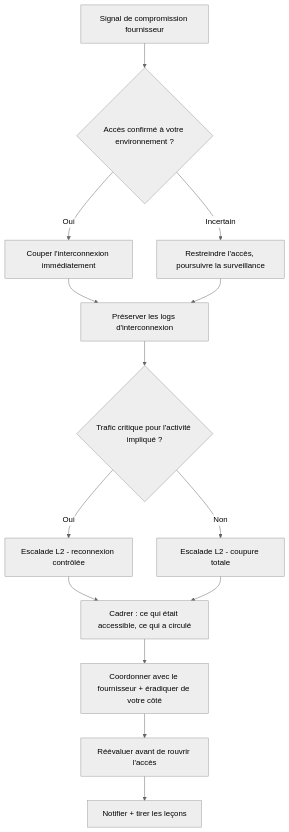
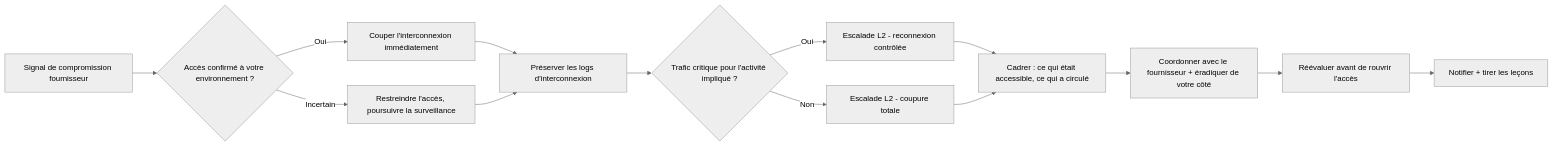
The diagram in docs/fr/runbooks/supply-chain-compromise.md (MiracleDvm/ir-firstline), drawn with Mermaid (neutral theme) before and after one commit. The commit also changed other lines of this file and 26 other files, not shown here.

Commit message:
Fix decision-tree diagram sizing/legibility, add PDF export, land tool links -- Convert decision trees to horizontal/collapsible, link cited tools/sources

````diff
--- a/docs/fr/runbooks/supply-chain-compromise.md
+++ b/docs/fr/runbooks/supply-chain-compromise.md
@@ -28,16 +30,16 @@
-```mermaid
-flowchart TD
-    A[Signal de compromission fournisseur] --> B{Accès confirmé à votre environnement ?}
-    B -->|Oui| C[Couper l'interconnexion immédiatement]
-    B -->|Incertain| D[Restreindre l'accès, poursuivre la surveillance]
-    C --> E[Préserver les logs d'interconnexion]
-    D --> E
-    E --> F{Trafic critique pour l'activité impliqué ?}
-    F -->|Oui| G[Escalade L2 - reconnexion contrôlée]
-    F -->|Non| H[Escalade L2 - coupure totale]
-    G --> I[Cadrer : ce qui était accessible, ce qui a circulé]
-    H --> I
-    I --> J[Coordonner avec le fournisseur + éradiquer de votre côté]
-    J --> K[Réévaluer avant de rouvrir l'accès]
-    K --> L[Notifier + tirer les leçons]
-```
+    ```mermaid
+    flowchart LR
+        A[Signal de compromission fournisseur] --> B{Accès confirmé à votre environnement ?}
+        B -->|Oui| C[Couper l'interconnexion immédiatement]
+        B -->|Incertain| D[Restreindre l'accès, poursuivre la surveillance]
+        C --> E[Préserver les logs d'interconnexion]
+        D --> E
+        E --> F{Trafic critique pour l'activité impliqué ?}
+        F -->|Oui| G[Escalade L2 - reconnexion contrôlée]
+        F -->|Non| H[Escalade L2 - coupure totale]
+        G --> I[Cadrer : ce qui était accessible, ce qui a circulé]
+        H --> I
+        I --> J[Coordonner avec le fournisseur + éradiquer de votre côté]
+        J --> K[Réévaluer avant de rouvrir l'accès]
+        K --> L[Notifier + tirer les leçons]
+    ```
````
